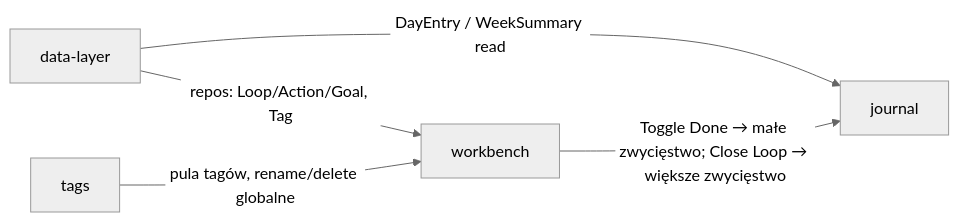
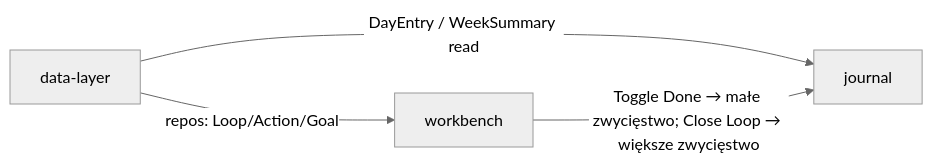
One commit to marekbrze/openloops changed the diagram in docs/MODULES.md. Above: the diagram before and after it, drawn with Mermaid (neutral theme). The commit also changed other lines of this file and 24 other files, not shown here.

````diff
--- a/docs/MODULES.md
+++ b/docs/MODULES.md
@@ -47,7 +39,6 @@
 ```mermaid
 graph LR
-    DL[data-layer] -->|"repos: Loop/Action/Goal, Tag"| WB[workbench]
+    DL[data-layer] -->|"repos: Loop/Action/Goal"| WB[workbench]
     DL -->|"DayEntry / WeekSummary read"| JO[journal]
     WB -->|"Toggle Done → małe zwycięstwo; Close Loop → większe zwycięstwo"| JO
-    TG[tags] -->|"pula tagów, rename/delete globalne"| WB
 ```
````
